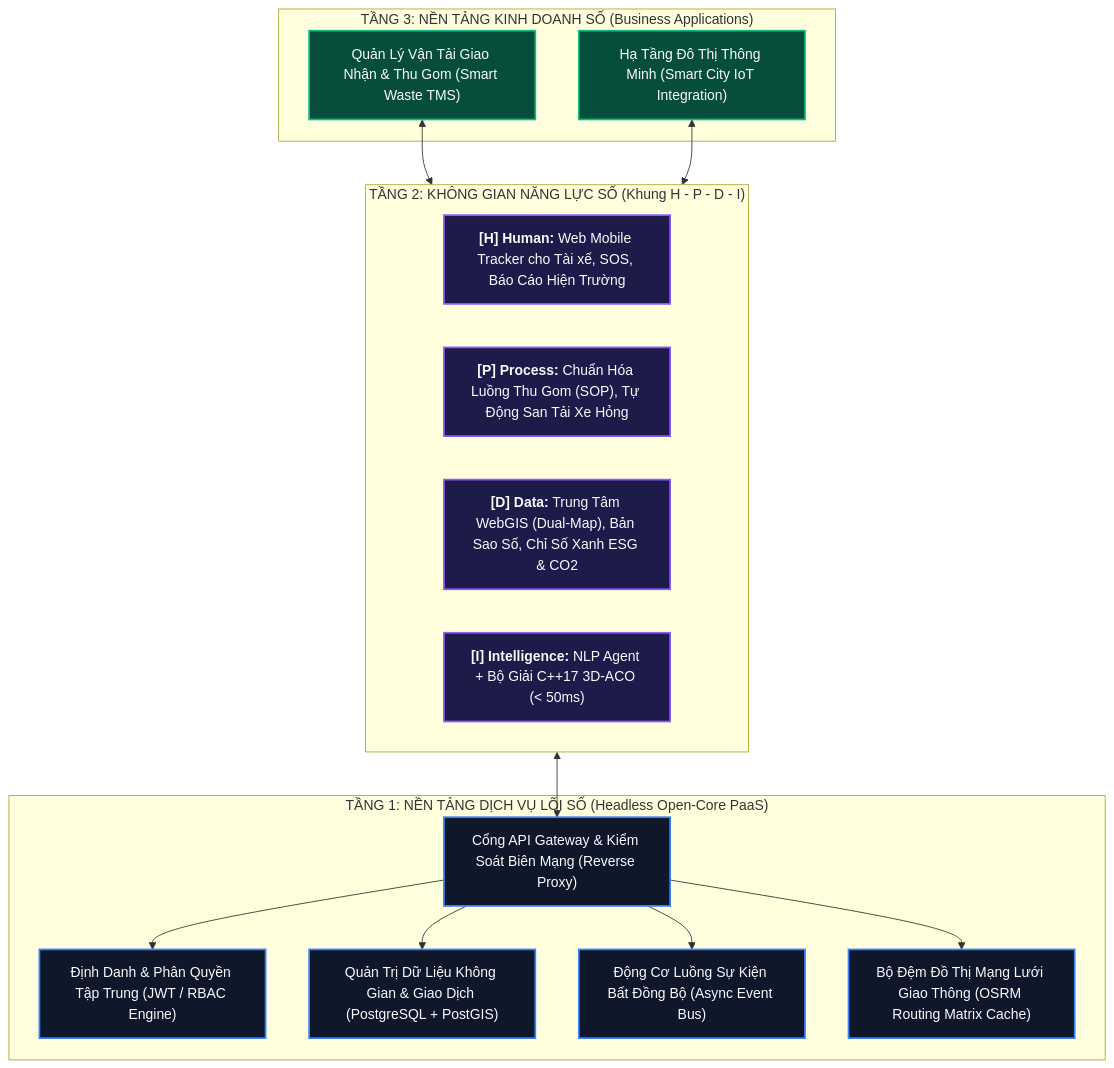
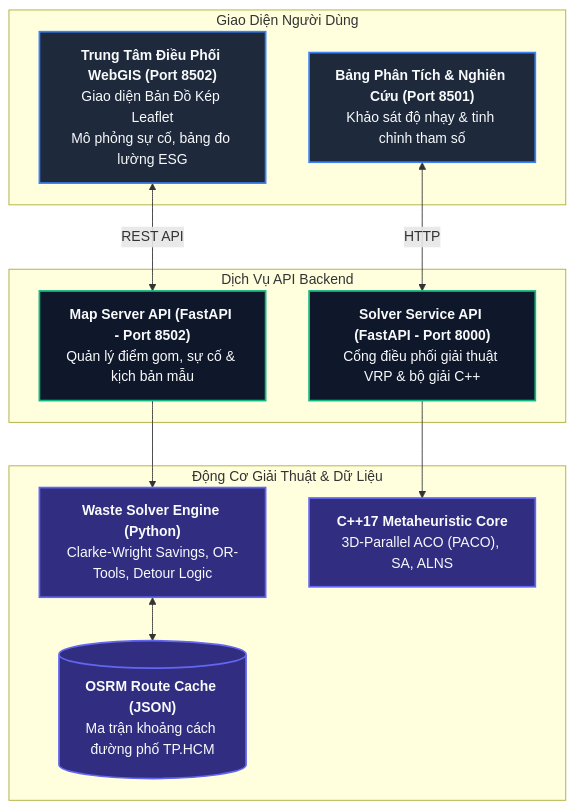
One commit to congnghip/Olympic changed the diagram in README.md. Above: the diagram before and after it, drawn with Mermaid. The commit also changed other lines of this file and 283 other files, not shown here.

````diff
--- a/README.md
+++ b/README.md
@@ -25,34 +27,28 @@
 ```mermaid
 flowchart TD
-    classDef t1 fill:#0f172a,stroke:#3b82f6,stroke-width:2px,color:#f8fafc;
-    classDef t2 fill:#1e1b4b,stroke:#8b5cf6,stroke-width:2px,color:#f8fafc;
-    classDef t3 fill:#064e3b,stroke:#10b981,stroke-width:2px,color:#f8fafc;
+    classDef client fill:#1e293b,stroke:#3b82f6,stroke-width:2px,color:#f8fafc;
+    classDef service fill:#0f172a,stroke:#10b981,stroke-width:2px,color:#f8fafc;
+    classDef engine fill:#312e81,stroke:#6366f1,stroke-width:2px,color:#f8fafc;
 
-    subgraph Tier3 ["TẦNG 3: NỀN TẢNG KINH DOANH SỐ (Business Applications)"]
-        TMS["Quản Lý Vận Tải Giao Nhận & Thu Gom (Smart Waste TMS)"]:::t3
-        SmartCity["Hạ Tầng Đô Thị Thông Minh (Smart City IoT Integration)"]:::t3
+    subgraph UI ["Giao Diện Người Dùng"]
+        MapUI["<b>Trung Tâm Điều Phối WebGIS (Port 8502)</b><br/>Giao diện Bản Đồ Kép Leaflet<br/>Mô phỏng sự cố, bảng đo lường ESG"]:::client
+        StreamlitUI["<b>Bảng Phân Tích & Nghiên Cứu (Port 8501)</b><br/>Khảo sát độ nhạy & tinh chỉnh tham số"]:::client
     end
 
-    subgraph Tier2 ["TẦNG 2: KHÔNG GIAN NĂNG LỰC SỐ (Khung H - P - D - I)"]
-        H_Space["<b>[H] Human:</b> Web Mobile Tracker cho Tài xế, SOS, Báo Cáo Hiện Trường"]:::t2
-        P_Space["<b>[P] Process:</b> Chuẩn Hóa Luồng Thu Gom (SOP), Tự Động San Tải Xe Hỏng"]:::t2
-        D_Space["<b>[D] Data:</b> Trung Tâm WebGIS (Dual-Map), Bản Sao Số, Chỉ Số Xanh ESG & CO2"]:::t2
-        I_Space["<b>[I] Intelligence:</b> NLP Agent + Bộ Giải C++17 3D-ACO (< 50ms)"]:::t2
+    subgraph Backend ["Dịch Vụ API Backend"]
+        MapServer["<b>Map Server API (FastAPI - Port 8502)</b><br/>Quản lý điểm gom, sự cố & kịch bản mẫu"]:::service
+        BackendAPI["<b>Solver Service API (FastAPI - Port 8000)</b><br/>Cổng điều phối giải thuật VRP & bộ giải C++"]:::service
     end
 
-    subgraph Tier1 ["TẦNG 1: NỀN TẢNG DỊCH VỤ LÕI SỐ (Headless Open-Core PaaS)"]
-        Gateway["Cổng API Gateway & Kiểm Soát Biên Mạng (Reverse Proxy)"]:::t1
-        Auth["Định Danh & Phân Quyền Tập Trung (JWT / RBAC Engine)"]:::t1
-        SpatialDB["Quản Trị Dữ Liệu Không Gian & Giao Dịch (PostgreSQL + PostGIS)"]:::t1
-        Workflow["Động Cơ Luồng Sự Kiện Bất Đồng Bộ (Async Event Bus)"]:::t1
-        Cache["Bộ Đệm Đồ Thị Mạng Lưới Giao Thông (OSRM Routing Matrix Cache)"]:::t1
+    subgraph Core ["Động Cơ Giải Thuật & Dữ Liệu"]
+        WasteSolver["<b>Waste Solver Engine (Python)</b><br/>Clarke-Wright Savings, OR-Tools, Detour Logic"]:::engine
+        CPPSolver["<b>C++17 Metaheuristic Core</b><br/>3D-Parallel ACO (PACO), SA, ALNS"]:::engine
+        OSRM_Cache[("<b>OSRM Route Cache (JSON)</b><br/>Ma trận khoảng cách đường phố TP.HCM")]:::engine
     end
 
-    TMS <--> Tier2
-    SmartCity <--> Tier2
-    Tier2 <--> Gateway
-    Gateway --> Auth
-    Gateway --> SpatialDB
-    Gateway --> Workflow
-    Gateway --> Cache
+    MapUI <-->|REST API| MapServer
+    StreamlitUI <-->|HTTP| BackendAPI
+    MapServer --> WasteSolver
+    BackendAPI --> CPPSolver
+    WasteSolver <--> OSRM_Cache
 ```
````
